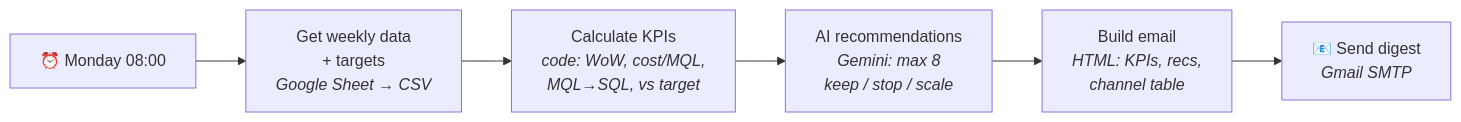
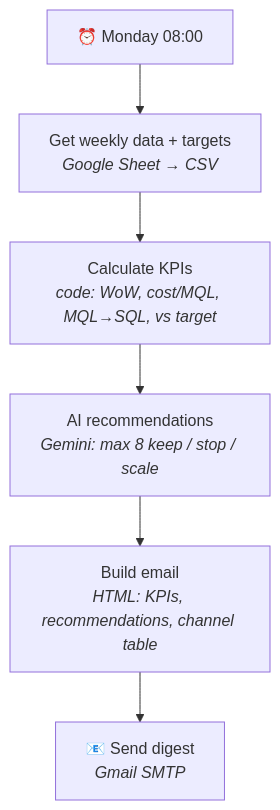
Before and after one commit to chipkoele/portfolio: the diagram in projects/weekly-performance-digest/README.md, drawn with Mermaid.

Commit message:
Make README diagram vertical so it fits on screen
Claude-Session: https://claude.ai/code/session_01QQrMmFV8iSUUcduXibzoXX

````diff
--- a/projects/weekly-performance-digest/README.md
+++ b/projects/weekly-performance-digest/README.md
@@ -20,8 +20,8 @@
 ```mermaid
-flowchart LR
-    A[⏰ Monday 08:00] --> B[Get weekly data<br/>+ targets<br/><i>Google Sheet → CSV</i>]
-    B --> C[Calculate KPIs<br/><i>code: WoW, cost/MQL,<br/>MQL→SQL, vs target</i>]
-    C --> D[AI recommendations<br/><i>Gemini: max 8<br/>keep / stop / scale</i>]
-    D --> E[Build email<br/><i>HTML: KPIs, recs,<br/>channel table</i>]
+flowchart TD
+    A[⏰ Monday 08:00] --> B[Get weekly data + targets<br/><i>Google Sheet → CSV</i>]
+    B --> C[Calculate KPIs<br/><i>code: WoW, cost/MQL, MQL→SQL, vs target</i>]
+    C --> D[AI recommendations<br/><i>Gemini: max 8 keep / stop / scale</i>]
+    D --> E[Build email<br/><i>HTML: KPIs, recommendations, channel table</i>]
     E --> F[📧 Send digest<br/><i>Gmail SMTP</i>]
 ```
````
